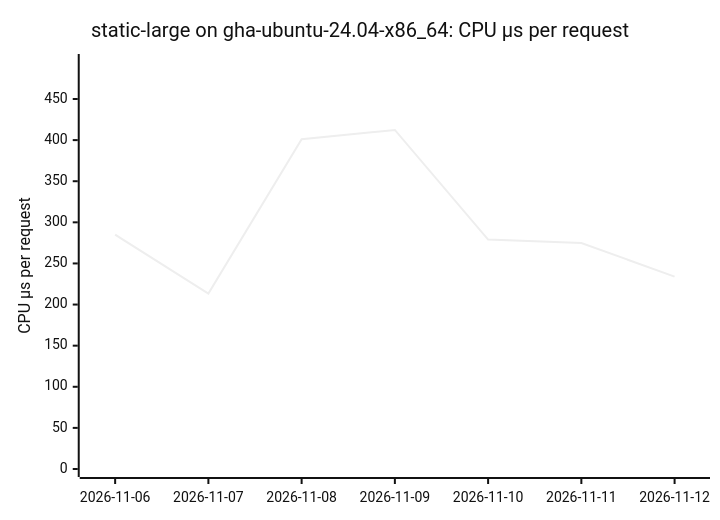
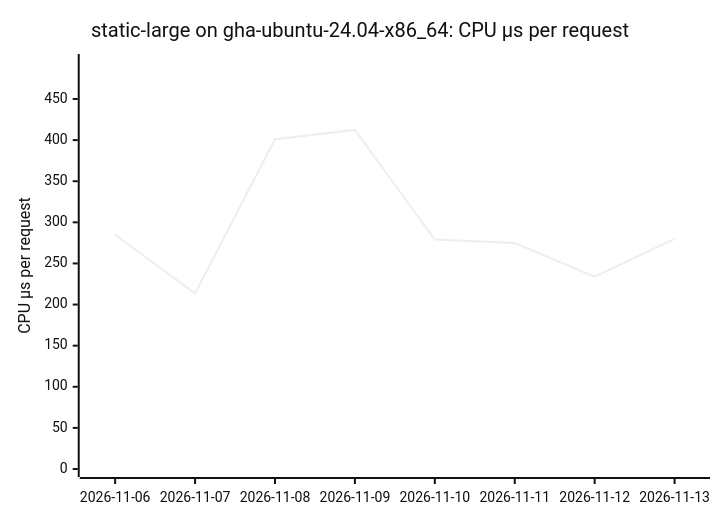
Before and after one commit to ThePixelPilgrim/durchlauferhitzer: the second of 18 diagrams in BENCHMARKS.md, drawn with Mermaid (neutral theme). The commit also changed other lines of this file and 1 other file, not shown here.

````diff
--- a/BENCHMARKS.md
+++ b/BENCHMARKS.md
@@ -36,7 +36,7 @@
 ```mermaid
 xychart-beta
   title "static-large on gha-ubuntu-24.04-x86_64: CPU µs per request"
-  x-axis ["2026-11-06", "2026-11-07", "2026-11-08", "2026-11-09", "2026-11-10", "2026-11-11", "2026-11-12"]
+  x-axis ["2026-11-06", "2026-11-07", "2026-11-08", "2026-11-09", "2026-11-10", "2026-11-11", "2026-11-12", "2026-11-13"]
   y-axis "CPU µs per request" 0 --> 495
-  line [284.94, 213.45, 401.07, 412.38, 279.07, 274.87, 234.03]
+  line [284.94, 213.45, 401.07, 412.38, 279.07, 274.87, 234.03, 279.86]
 ```
````
